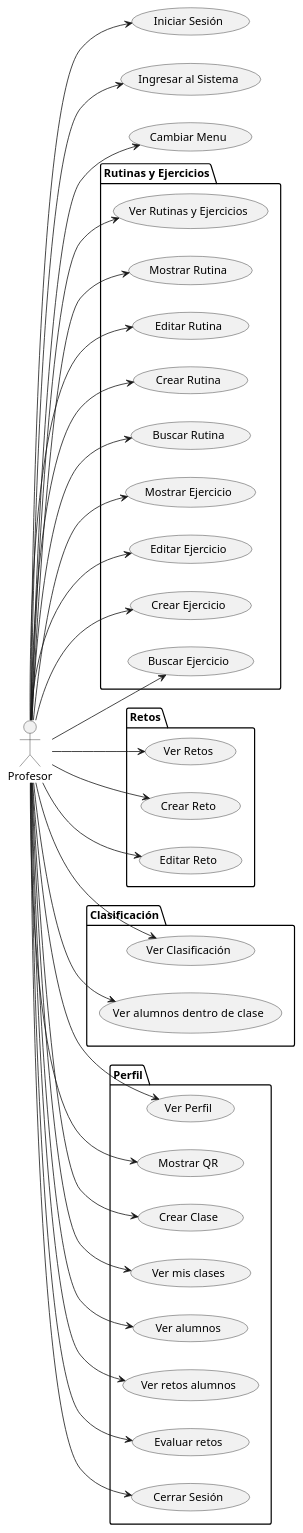
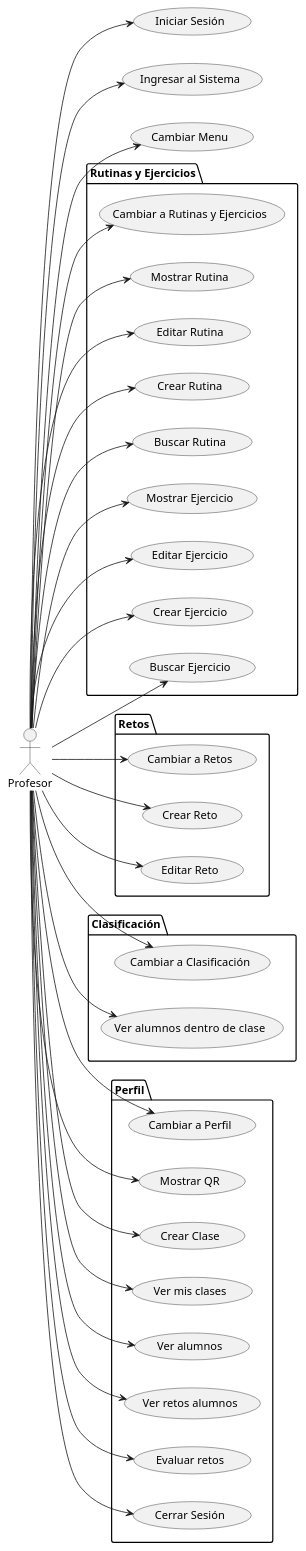
One commit to mmasias/24-25-IdSw1-SDR changed the diagram in Documentos/CasosUso/CdU_Profesor.puml. Above: the diagram before and after it, drawn with PlantUML. The commit also changed 5 other files, not shown here.

```diff
--- a/Documentos/CasosUso/CdU_Profesor.puml
+++ b/Documentos/CasosUso/CdU_Profesor.puml
@@ -1,83 +1,73 @@
 @startuml CdU_Profesor
 left to right direction
 actor Profesor
 
 package "Rutinas y Ejercicios" {
-    usecase "Ver Rutinas y Ejercicios" as CambiarARutinasYEjercicios
-
-   
-        usecase "Mostrar Rutina" as MostrarRutina
-        usecase "Editar Rutina" as EditarRutina
-        usecase "Crear Rutina" as CrearRutina
-        usecase "Buscar Rutina" as BuscarRutina
-    
-
-   
-        usecase "Mostrar Ejercicio" as MostrarEjercicio
-        usecase "Editar Ejercicio" as EditarEjercicio
-        usecase "Crear Ejercicio" as CrearEjercicio
-        usecase "Buscar Ejercicio" as BuscarEjercicio
-        
-    
+    usecase "Cambiar a Rutinas y Ejercicios" as CambiarARutinasYEjercicios
+    usecase "Mostrar Rutina" as MostrarRutina
+    usecase "Editar Rutina" as EditarRutina
+    usecase "Crear Rutina" as CrearRutina
+    usecase "Buscar Rutina" as BuscarRutina
+    usecase "Mostrar Ejercicio" as MostrarEjercicio
+    usecase "Editar Ejercicio" as EditarEjercicio
+    usecase "Crear Ejercicio" as CrearEjercicio
+    usecase "Buscar Ejercicio" as BuscarEjercicio
 }
 
 package "Retos" {
-    usecase "Ver Retos" as CambiarARetos
+    usecase "Cambiar a Retos" as CambiarARetos
     usecase "Crear Reto" as CrearReto
     usecase "Editar Reto" as EditarReto
 }
 
 package "Clasificación" {
-    usecase "Ver Clasificación" as CambiarAClasificacion
+    usecase "Cambiar a Clasificación" as CambiarAClasificacion
     usecase "Ver alumnos dentro  de clase" as VerAlumnosDentroDeClase
 }
 
 package "Perfil" {
-    usecase "Ver Perfil" as CambiarAPerfil
+    usecase "Cambiar a Perfil" as CambiarAPerfil
     usecase "Mostrar QR" as MostrarQR
-
-  
-        usecase "Crear Clase" as CrearClase
-        usecase "Ver mis clases" as VerMisClases
-        usecase "Ver alumnos" as VerAlumnos
-        usecase "Ver retos alumnos" as VerRetosAlumnos
-        usecase "Evaluar retos" as EvaluarRetos
-        usecase "Cerrar Sesión" as CerrarSesion
-    
+    usecase "Crear Clase" as CrearClase
+    usecase "Ver mis clases" as VerMisClases
+    usecase "Ver alumnos" as VerAlumnos
+    usecase "Ver retos alumnos" as VerRetosAlumnos
+    usecase "Evaluar retos" as EvaluarRetos
+    usecase "Cerrar Sesión" as CerrarSesion
 }
 
 
 usecase "Iniciar Sesión" as IniciarSesion
 usecase "Ingresar al Sistema" as IngresarAlSistema
 usecase "Cambiar Menu" as CambiarMenu
 
 Profesor --> IngresarAlSistema
 Profesor --> IniciarSesion
 Profesor --> CambiarMenu
 Profesor --> CerrarSesion
 
 Profesor --> CambiarARutinasYEjercicios
 Profesor --> MostrarRutina
 Profesor --> EditarRutina
 Profesor --> CrearRutina
 Profesor --> MostrarEjercicio
 Profesor --> EditarEjercicio
 Profesor --> CrearEjercicio
 Profesor --> BuscarEjercicio
 Profesor --> BuscarRutina
 Profesor --> CambiarARetos
 Profesor --> CrearReto
 Profesor --> EditarReto
 
 Profesor --> CambiarAClasificacion
 Profesor --> VerAlumnosDentroDeClase
 
 Profesor --> CambiarAPerfil
 Profesor --> MostrarQR
 Profesor --> CrearClase
 Profesor --> VerMisClases
 Profesor --> VerAlumnos
 Profesor --> VerRetosAlumnos
 Profesor --> EvaluarRetos
 
 @enduml
```
